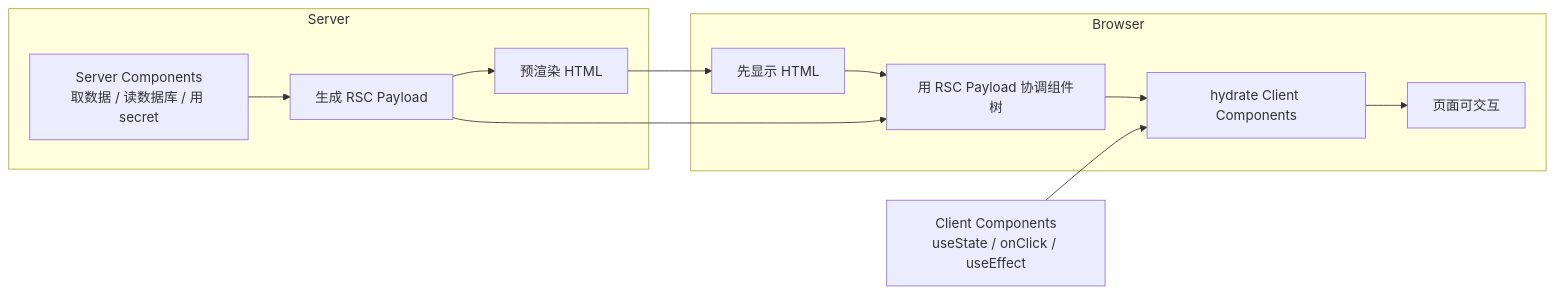
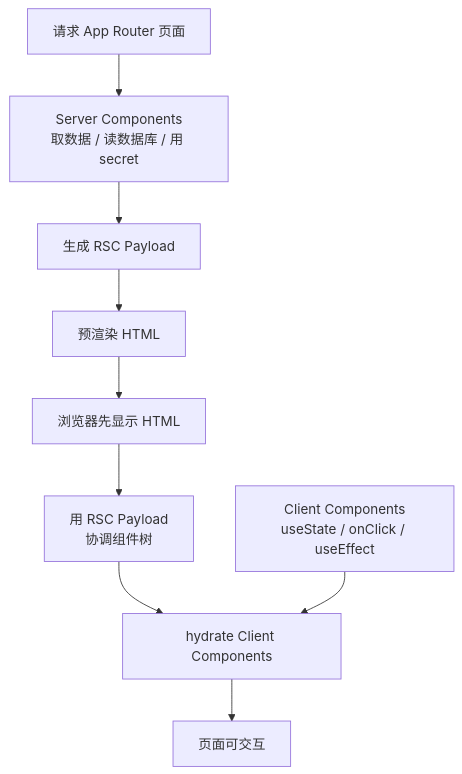
Before and after one commit to Adonis0123/til-garden: the eighth of 9 diagrams in frontend/nextjs-rendering-principles.mdx, drawn with Mermaid. The commit also changed other lines of this file and 18 other files, not shown here.

````diff
--- a/frontend/nextjs-rendering-principles.mdx
+++ b/frontend/nextjs-rendering-principles.mdx
@@ -340,22 +362,11 @@
 ```mermaid
-flowchart LR
-  subgraph server["Server"]
-    sc["Server Components<br/>取数据 / 读数据库 / 用 secret"]
-    rsc["生成 RSC Payload"]
-    html["预渲染 HTML"]
-    sc --> rsc
-    rsc --> html
-  end
-
-  subgraph client["Browser"]
-    preview["先显示 HTML"]
-    reconcile["用 RSC Payload 协调组件树"]
-    hydrateClient["hydrate Client Components"]
-    interactive["页面可交互"]
-    preview --> reconcile --> hydrateClient --> interactive
-  end
-
-  html --> preview
-  rsc --> reconcile
-  cc["Client Components<br/>useState / onClick / useEffect"] --> hydrateClient
+flowchart TD
+  request["请求 App Router 页面"] --> sc["Server Components<br/>取数据 / 读数据库 / 用 secret"]
+  sc --> rsc["生成 RSC Payload"]
+  rsc --> html["预渲染 HTML"]
+  html --> preview["浏览器先显示 HTML"]
+  preview --> reconcile["用 RSC Payload<br/>协调组件树"]
+  reconcile --> hydrateClient["hydrate Client Components"]
+  clientCode["Client Components<br/>useState / onClick / useEffect"] --> hydrateClient
+  hydrateClient --> interactive["页面可交互"]
 ```
````
